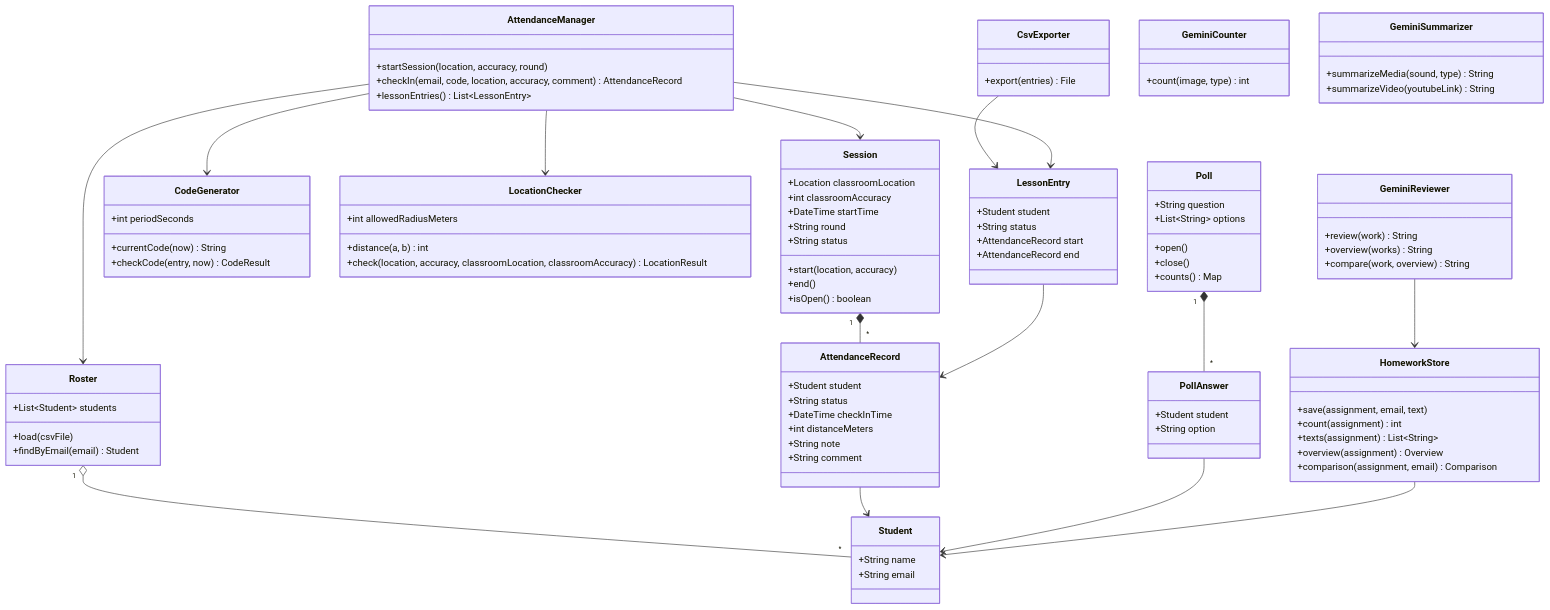
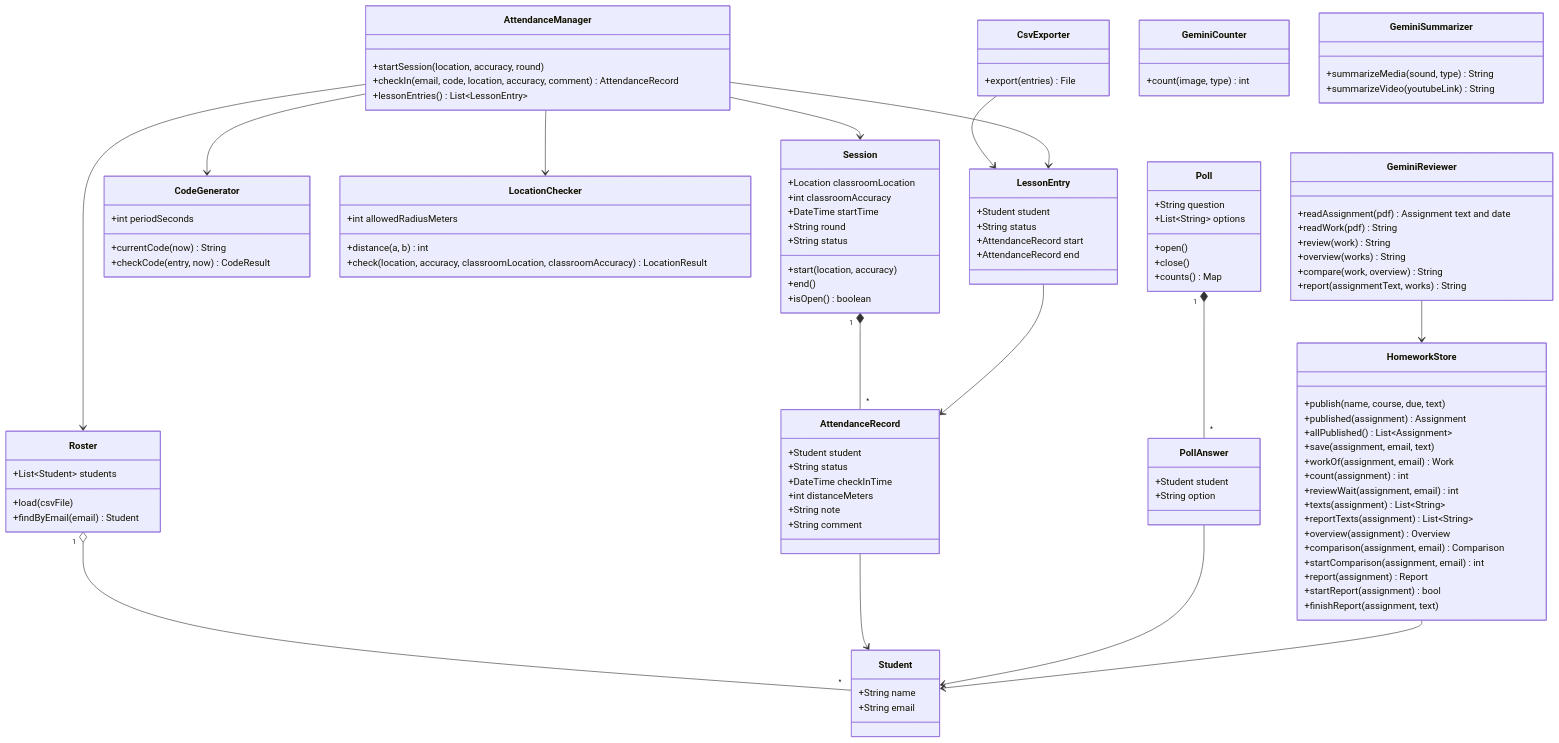
One commit to Maycaspi110/Class_Attendance changed the first of 9 diagrams in diagrams.md. Above: the diagram before and after it, drawn with Mermaid. The commit also changed other lines of this file and 5 other files, not shown here.

Commit message:
Update the diagrams, tools report and testing strategy for publishing, PDF homework and the class report

```diff
--- a/diagrams.md
+++ b/diagrams.md
@@ -80,16 +80,29 @@
     +summarizeVideo(youtubeLink) String
   }
   class HomeworkStore {
+    +publish(name, course, due, text)
+    +published(assignment) Assignment
+    +allPublished() List~Assignment~
     +save(assignment, email, text)
+    +workOf(assignment, email) Work
     +count(assignment) int
+    +reviewWait(assignment, email) int
     +texts(assignment) List~String~
+    +reportTexts(assignment) List~String~
     +overview(assignment) Overview
     +comparison(assignment, email) Comparison
+    +startComparison(assignment, email) int
+    +report(assignment) Report
+    +startReport(assignment) bool
+    +finishReport(assignment, text)
   }
   class GeminiReviewer {
+    +readAssignment(pdf) Assignment text and date
+    +readWork(pdf) String
     +review(work) String
     +overview(works) String
     +compare(work, overview) String
+    +report(assignmentText, works) String
   }
 
   Roster "1" o-- "*" Student
```
